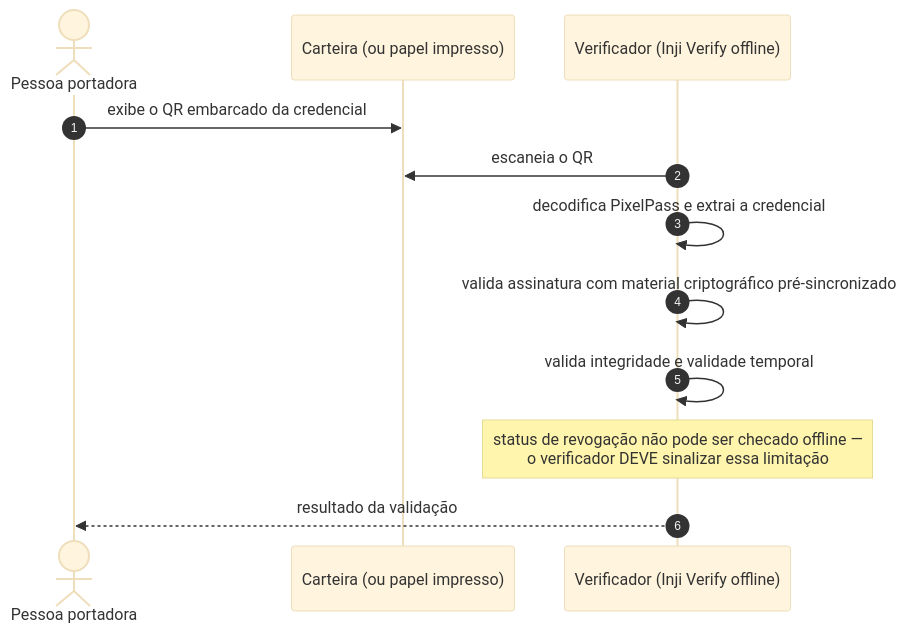
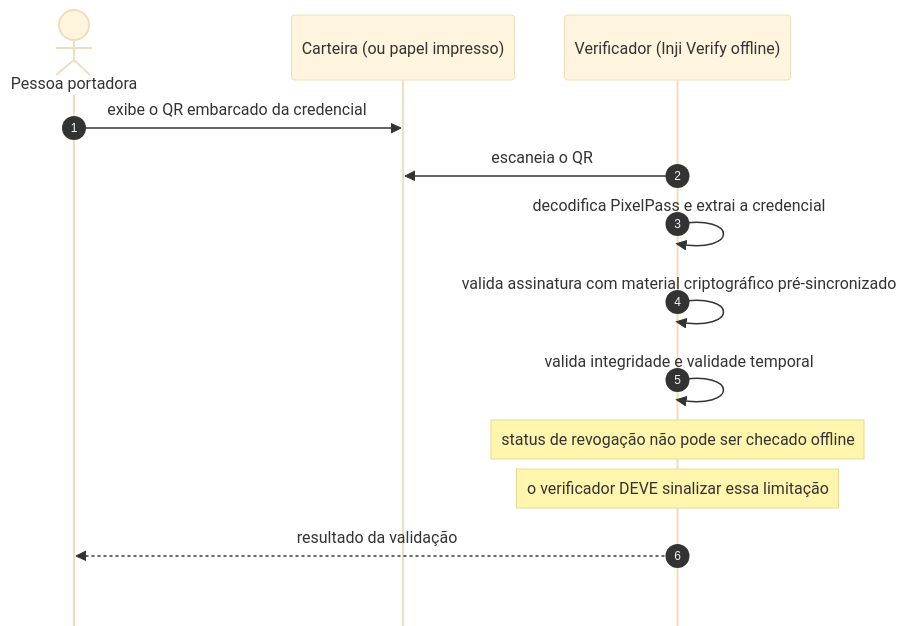
Before and after one commit to infraestrutura-digital/arf: the third of 5 diagrams in _partials/fluxos.qmd, drawn with Mermaid (base theme). The commit also changed other lines of this file and 2 other files, not shown here.

Commit message:
PDF em largura inteira com imagens e diagramas ajustados à página
- Template Typst sem a margem de notas laterais (full: true)
- Imagens maiores que a área útil são reduzidas proporcionalmente
- Diagramas de sequência sem participantes repetidos no rodapé e com
  fonte sans-serif, evitando cortes na conversão para imagem
- Corrige o autor exibido no cabeçalho e um título colado a uma imagem

````diff
--- a/_partials/fluxos.qmd
+++ b/_partials/fluxos.qmd
@@ -64,15 +66,17 @@
 ```{mermaid}
+%%{init: {"fontFamily": "sans-serif", "sequence": {"mirrorActors": false, "diagramMarginY": 60}}}%%
 sequenceDiagram
     autonumber
     actor P as Pessoa portadora
     participant W as Carteira (ou papel impresso)
     participant V as Verificador (Inji Verify offline)
 
     P->>W: exibe o QR embarcado da credencial
     V->>W: escaneia o QR
     V->>V: decodifica PixelPass e extrai a credencial
     V->>V: valida assinatura com material criptográfico pré-sincronizado
     V->>V: valida integridade e validade temporal
-    Note over V: status de revogação não pode ser checado offline —<br/>o verificador DEVE sinalizar essa limitação
+    Note over V: status de revogação não pode ser checado offline
+    Note over V: o verificador DEVE sinalizar essa limitação
     V-->>P: resultado da validação
 ```
````
